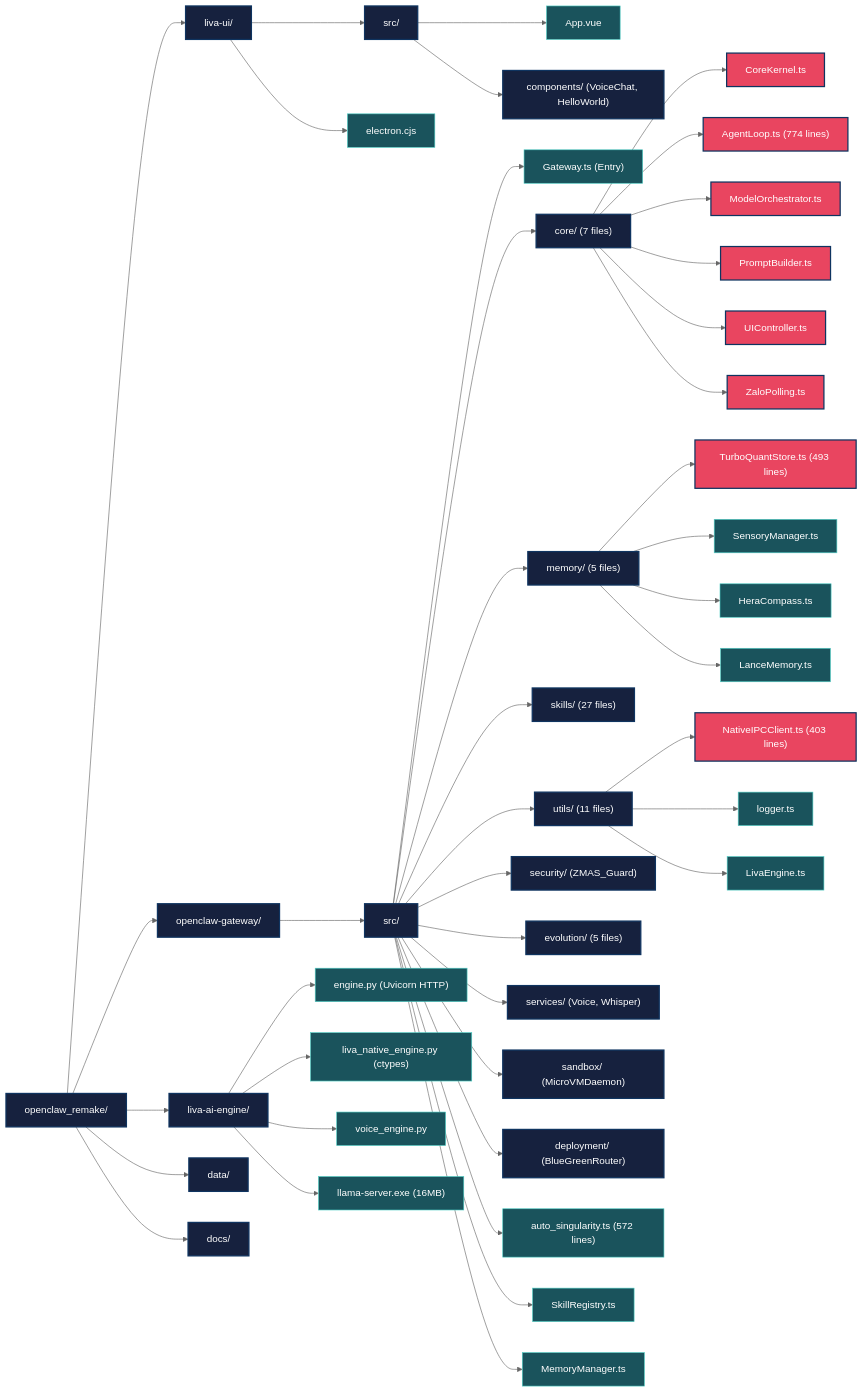
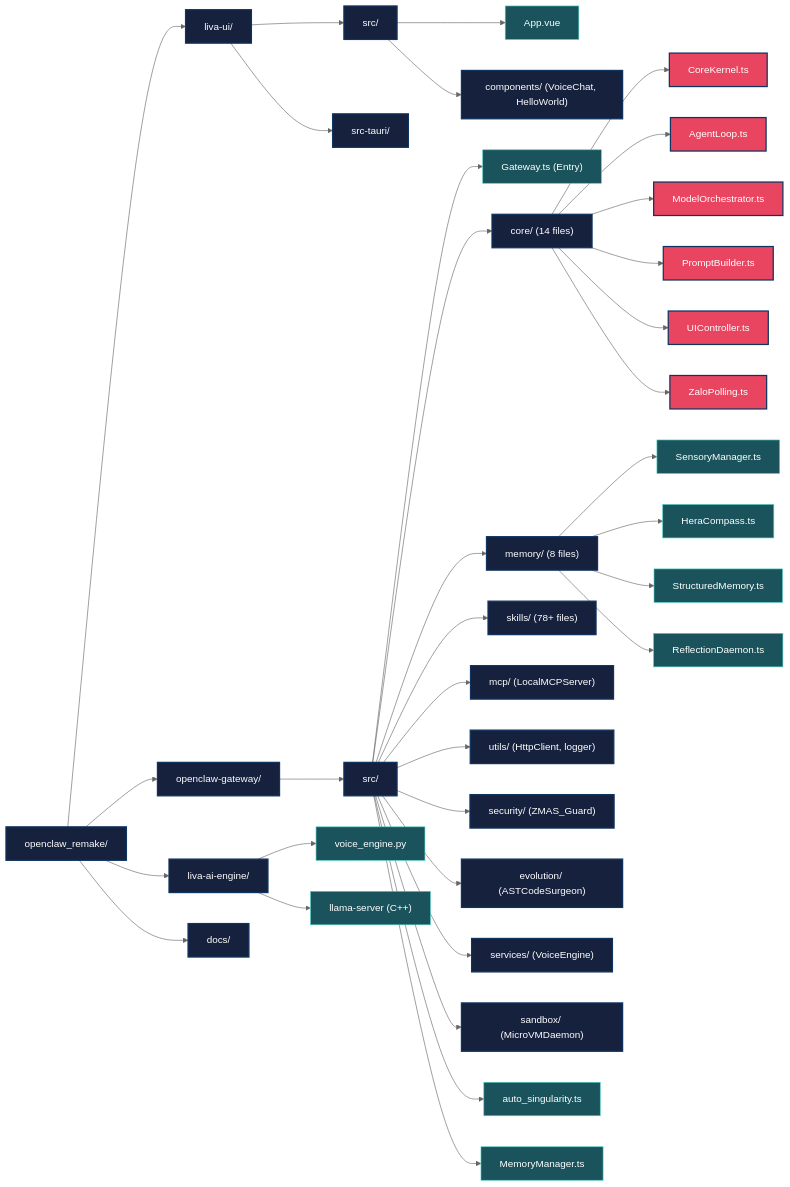
The fifth of 7 diagrams in docs/codebase_architecture.md (DuongNAD/LIVA), drawn with Mermaid (neutral theme) before and after one commit. The commit also changed other lines of this file and 495 other files, not shown here.

````diff
--- a/docs/codebase_architecture.md
+++ b/docs/codebase_architecture.md
@@ -401,60 +358,53 @@
 ```mermaid
 graph LR
     Root["openclaw_remake/"]
 
     Root --> UIDir["liva-ui/"]
     Root --> GWDir["openclaw-gateway/"]
     Root --> EngDir["liva-ai-engine/"]
-    Root --> DataDir["data/"]
     Root --> DocsDir["docs/"]
 
     UIDir --> UISrc["src/"]
     UISrc --> AppVue2["App.vue"]
     UISrc --> Comps["components/ (VoiceChat, HelloWorld)"]
-    UIDir --> Electron["electron.cjs"]
+    UIDir --> TauriDir["src-tauri/"]
 
     GWDir --> GWSrc["src/"]
     GWSrc --> GatewayTS["Gateway.ts (Entry)"]
-    GWSrc --> CoreDir["core/ (7 files)"]
+    GWSrc --> CoreDir["core/ (14 files)"]
     CoreDir --> CK2["CoreKernel.ts"]
-    CoreDir --> AL2["AgentLoop.ts (774 lines)"]
+    CoreDir --> AL2["AgentLoop.ts"]
     CoreDir --> MO2["ModelOrchestrator.ts"]
     CoreDir --> PB2["PromptBuilder.ts"]
     CoreDir --> UI2["UIController.ts"]
     CoreDir --> ZP2["ZaloPolling.ts"]
 
-    GWSrc --> MemDir["memory/ (5 files)"]
-    MemDir --> TQS["TurboQuantStore.ts (493 lines)"]
+    GWSrc --> MemDir["memory/ (8 files)"]
     MemDir --> SM["SensoryManager.ts"]
     MemDir --> HC["HeraCompass.ts"]
-    MemDir --> LM["LanceMemory.ts"]
+    MemDir --> SMem["StructuredMemory.ts"]
+    MemDir --> RD["ReflectionDaemon.ts"]
 
-    GWSrc --> SkillDir["skills/ (27 files)"]
-    GWSrc --> UtilDir["utils/ (11 files)"]
-    UtilDir --> NIPC["NativeIPCClient.ts (403 lines)"]
-    UtilDir --> Logger["logger.ts"]
-    UtilDir --> LivaEng["LivaEngine.ts"]
+    GWSrc --> SkillDir["skills/ (78+ files)"]
+    GWSrc --> MCPDir["mcp/ (LocalMCPServer)"]
+    GWSrc --> UtilDir["utils/ (HttpClient, logger)"]
 
     GWSrc --> SecDir["security/ (ZMAS_Guard)"]
-    GWSrc --> EvoDir["evolution/ (5 files)"]
-    GWSrc --> SvcDir["services/ (Voice, Whisper)"]
+    GWSrc --> EvoDir["evolution/ (ASTCodeSurgeon)"]
+    GWSrc --> SvcDir["services/ (VoiceEngine)"]
     GWSrc --> SandDir["sandbox/ (MicroVMDaemon)"]
-    GWSrc --> DepDir["deployment/ (BlueGreenRouter)"]
-    GWSrc --> AutoSing["auto_singularity.ts (572 lines)"]
+    GWSrc --> AutoSing["auto_singularity.ts"]
 
-    GWSrc --> SkillReg["SkillRegistry.ts"]
     GWSrc --> MemMgr["MemoryManager.ts"]
 
-    EngDir --> EngPy["engine.py (Uvicorn HTTP)"]
-    EngDir --> NatPy["liva_native_engine.py (ctypes)"]
     EngDir --> VoicePy["voice_engine.py"]
-    EngDir --> LlamaExe["llama-server.exe (16MB)"]
+    EngDir --> LlamaExe["llama-server (C++)"]
 
     classDef dir fill:#16213e,stroke:#0f3460,stroke-width:2px,color:#fff
     classDef file fill:#1a535c,stroke:#4ecdc4,stroke-width:1px,color:#fff
     classDef important fill:#e94560,stroke:#0f3460,stroke-width:2px,color:#fff
 
-    class Root,UIDir,GWDir,EngDir,DataDir,DocsDir,UISrc,GWSrc,CoreDir,MemDir,SkillDir,UtilDir,SecDir,EvoDir,SvcDir,SandDir,DepDir,Comps dir
-    class AppVue2,Electron,GatewayTS,SkillReg,MemMgr,AutoSing,EngPy,NatPy,VoicePy,LlamaExe,Logger,LivaEng,SM,HC,LM file
-    class CK2,AL2,MO2,PB2,UI2,ZP2,TQS,NIPC important
+    class Root,UIDir,GWDir,EngDir,DocsDir,UISrc,GWSrc,CoreDir,MemDir,SkillDir,MCPDir,UtilDir,SecDir,EvoDir,SvcDir,SandDir,Comps,TauriDir dir
+    class AppVue2,GatewayTS,MemMgr,AutoSing,VoicePy,LlamaExe,SM,HC,SMem,RD file
+    class CK2,AL2,MO2,PB2,UI2,ZP2 important
 ```
````
